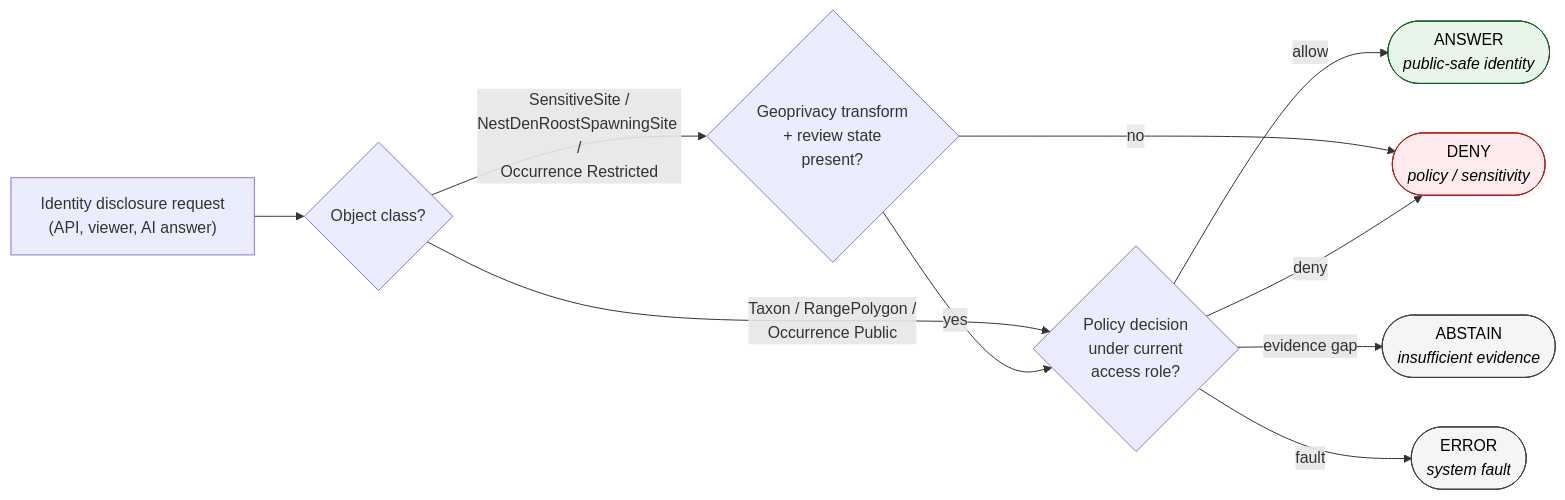
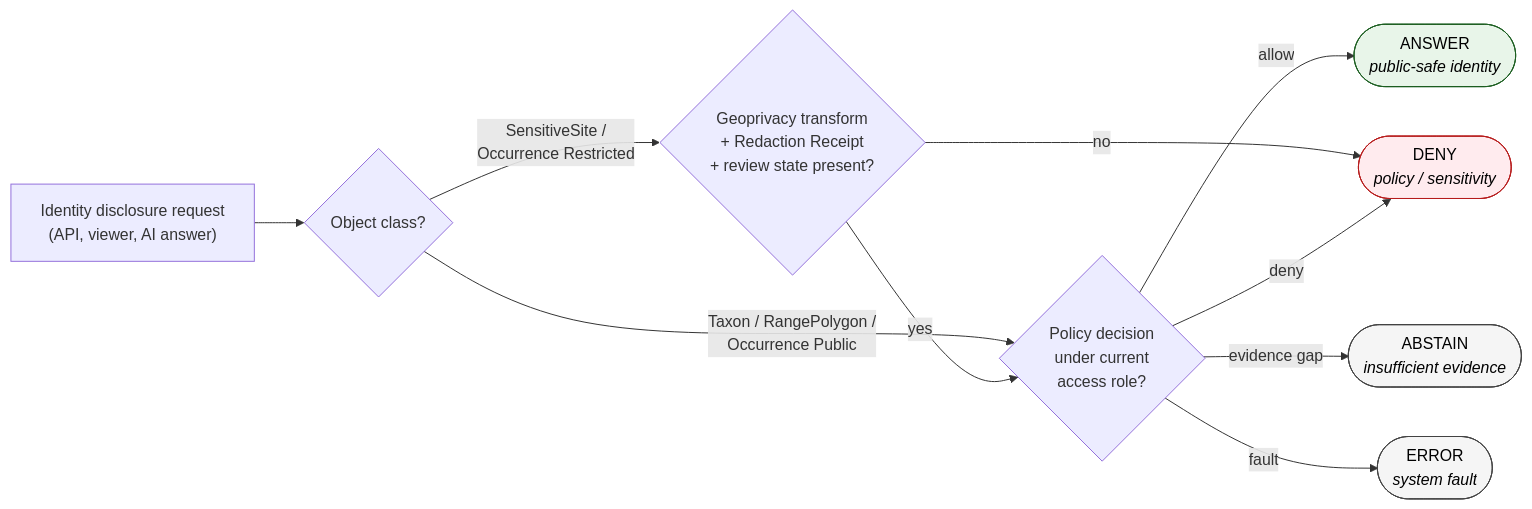
One commit to bartytime4life/Kansas-Frontier-Matrix changed the third of 5 diagrams in docs/domains/fauna/IDENTITY_MODEL.md. Above: the diagram before and after it, drawn with Mermaid. The commit also changed other lines of this file, not shown here.

````diff
--- a/docs/domains/fauna/IDENTITY_MODEL.md
+++ b/docs/domains/fauna/IDENTITY_MODEL.md
@@ -238,28 +251,28 @@
 ```mermaid
 flowchart LR
     REQ["Identity disclosure request<br/>(API, viewer, AI answer)"]
     CLS{"Object class?"}
-    GEO{"Geoprivacy transform<br/>+ review state<br/>present?"}
+    GEO{"Geoprivacy transform<br/>+ Redaction Receipt<br/>+ review state present?"}
     POL{"Policy decision<br/>under current<br/>access role?"}
     PUB(["ANSWER<br/><i>public-safe identity</i>"])
     ABS(["ABSTAIN<br/><i>insufficient evidence</i>"])
     DEN(["DENY<br/><i>policy / sensitivity</i>"])
     ERR(["ERROR<br/><i>system fault</i>"])
 
     REQ --> CLS
     CLS -- "Taxon / RangePolygon /<br/>Occurrence Public" --> POL
-    CLS -- "SensitiveSite /<br/>NestDenRoostSpawningSite /<br/>Occurrence Restricted" --> GEO
+    CLS -- "SensitiveSite /<br/>Occurrence Restricted" --> GEO
     GEO -- no --> DEN
     GEO -- yes --> POL
     POL -- allow --> PUB
     POL -- deny --> DEN
     POL -- evidence gap --> ABS
     POL -- fault --> ERR
 
     classDef terminal fill:#f5f5f5,stroke:#424242,color:#000;
     classDef deny fill:#ffebee,stroke:#b71c1c,color:#000;
     classDef answer fill:#e8f5e9,stroke:#1b5e20,color:#000;
     class PUB answer;
     class DEN deny;
     class ABS,ERR terminal;
 ```
````
